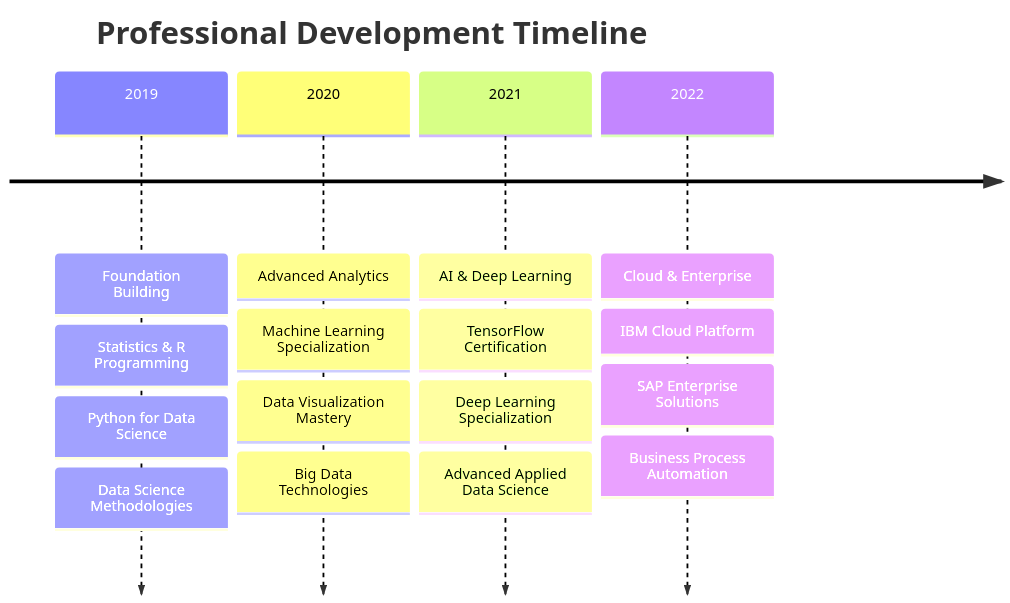
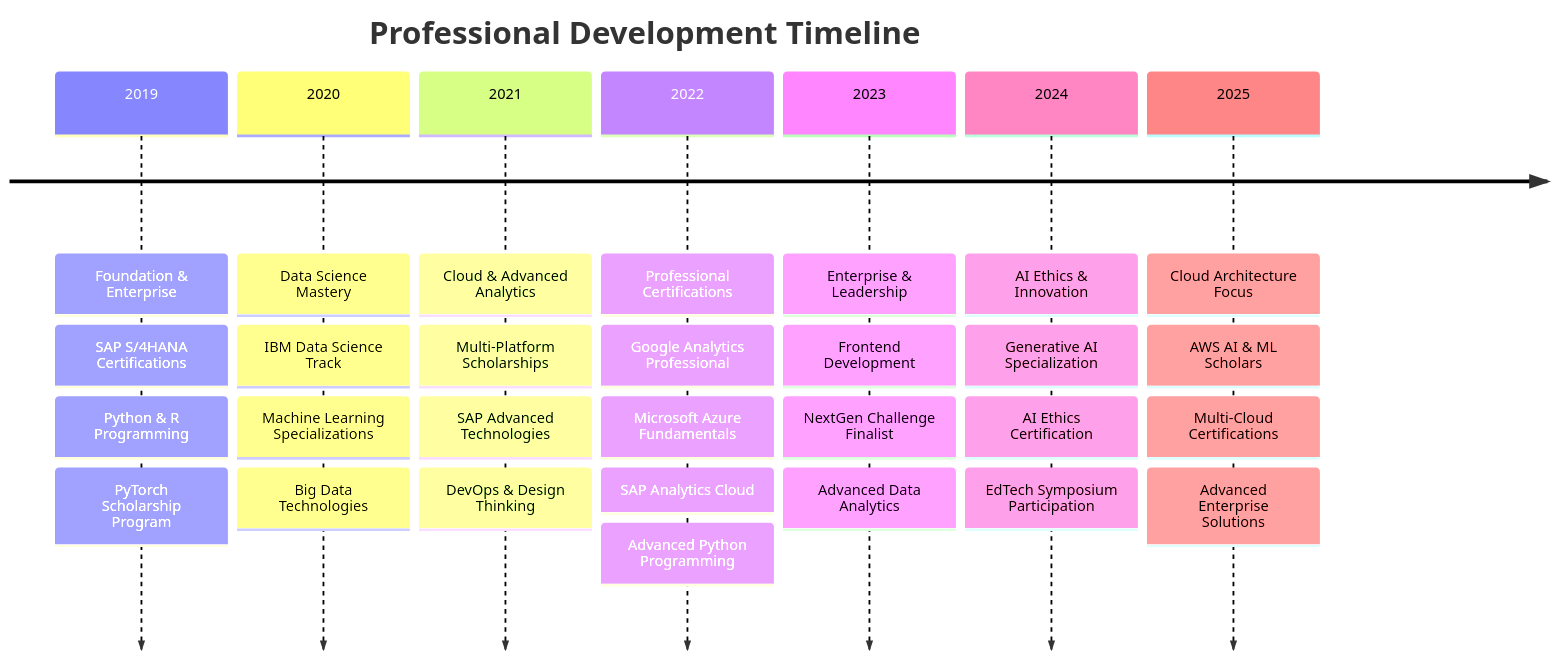
The second of 2 diagrams in README.md (eaamankwah/Artificial-Intelligence-Badges), drawn with Mermaid before and after one commit. The commit also changed other lines of this file, not shown here.

````diff
--- a/README.md
+++ b/README.md
@@ -274,24 +683,40 @@
 ```mermaid
 timeline
     title Professional Development Timeline
     
-    2019 : Foundation Building
-         : Statistics & R Programming
-         : Python for Data Science
-         : Data Science Methodologies
+    2019 : Foundation & Enterprise
+         : SAP S/4HANA Certifications
+         : Python & R Programming
+         : PyTorch Scholarship Program
     
-    2020 : Advanced Analytics
-         : Machine Learning Specialization
-         : Data Visualization Mastery
+    2020 : Data Science Mastery
+         : IBM Data Science Track
+         : Machine Learning Specializations
          : Big Data Technologies
     
-    2021 : AI & Deep Learning
-         : TensorFlow Certification
-         : Deep Learning Specialization
-         : Advanced Applied Data Science
+    2021 : Cloud & Advanced Analytics
+         : Multi-Platform Scholarships
+         : SAP Advanced Technologies
+         : DevOps & Design Thinking
     
-    2022 : Cloud & Enterprise
-         : IBM Cloud Platform
-         : SAP Enterprise Solutions
-         : Business Process Automation
+    2022 : Professional Certifications
+         : Google Analytics Professional
+         : Microsoft Azure Fundamentals
+         : SAP Analytics Cloud
+         : Advanced Python Programming
+    
+    2023 : Enterprise & Leadership
+         : Frontend Development
+         : NextGen Challenge Finalist
+         : Advanced Data Analytics
+    
+    2024 : AI Ethics & Innovation
+         : Generative AI Specialization
+         : AI Ethics Certification
+         : EdTech Symposium Participation
+    
+    2025 : Cloud Architecture Focus
+         : AWS AI & ML Scholars
+         : Multi-Cloud Certifications
+         : Advanced Enterprise Solutions
 ```
````
